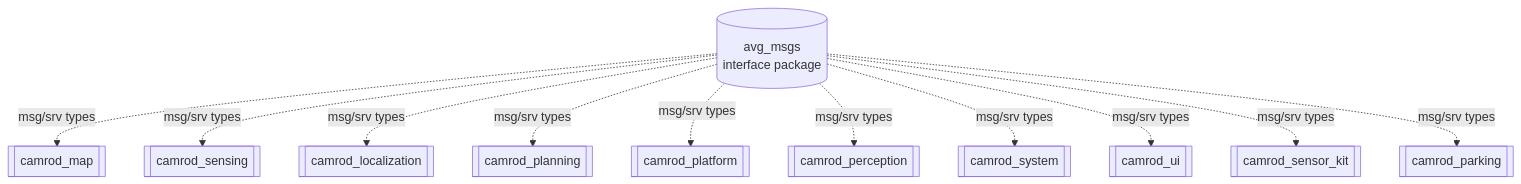
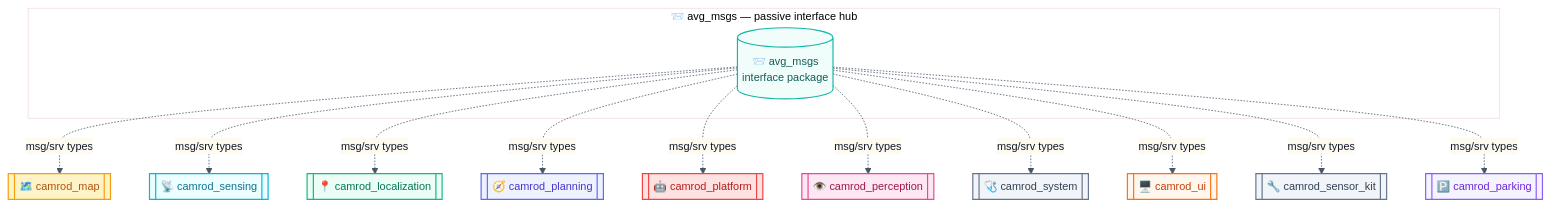
Before and after one commit to hwanhonglee/CAMROD: the first of 2 diagrams in camrod_common/avg_msgs/README.md, drawn with Mermaid. The commit also changed other lines of this file and 12 other files, not shown here.

First line of the commit message:
docs: apply CAMROD visual design standard to all package READMEs (v1.10)

````diff
--- a/camrod_common/avg_msgs/README.md
+++ b/camrod_common/avg_msgs/README.md
@@ -57,13 +51,29 @@
 ```mermaid
+%%{init: {'theme': 'base', 'themeVariables': {'fontFamily': 'ui-sans-serif, system-ui, sans-serif', 'fontSize': '14px', 'primaryColor': '#F0FDFA', 'primaryTextColor': '#0F172A', 'primaryBorderColor': '#14B8A6', 'lineColor': '#475569'}, 'flowchart': {'curve': 'basis', 'htmlLabels': true, 'padding': 12}}}%%
 graph TD
-  AVG[(avg_msgs\ninterface package)] -. msg/srv types .-> MAP[[camrod_map]]
-  AVG -. msg/srv types .-> SENSING[[camrod_sensing]]
-  AVG -. msg/srv types .-> LOC[[camrod_localization]]
-  AVG -. msg/srv types .-> PLAN[[camrod_planning]]
-  AVG -. msg/srv types .-> PLAT[[camrod_platform]]
-  AVG -. msg/srv types .-> PER[[camrod_perception]]
-  AVG -. msg/srv types .-> SYS[[camrod_system]]
-  AVG -. msg/srv types .-> UI[[camrod_ui]]
-  AVG -. msg/srv types .-> SKIT[[camrod_sensor_kit]]
-  AVG -. msg/srv types .-> PARK[[camrod_parking]]
+  subgraph CENTER["📨 avg_msgs — passive interface hub"]
+    AVG[(📨 avg_msgs\ninterface package)]:::iface
+  end
+
+  AVG -. msg/srv types .-> MAP[[🗺️ camrod_map]]:::mapping
+  AVG -. msg/srv types .-> SENSING[[📡 camrod_sensing]]:::sensing
+  AVG -. msg/srv types .-> LOC[[📍 camrod_localization]]:::localization
+  AVG -. msg/srv types .-> PLAN[[🧭 camrod_planning]]:::planning
+  AVG -. msg/srv types .-> PLAT[[🤖 camrod_platform]]:::platform
+  AVG -. msg/srv types .-> PER[[👁️ camrod_perception]]:::perception
+  AVG -. msg/srv types .-> SYS[[🩺 camrod_system]]:::system
+  AVG -. msg/srv types .-> UI[[🖥️ camrod_ui]]:::ui
+  AVG -. msg/srv types .-> SKIT[[🔧 camrod_sensor_kit]]:::system
+  AVG -. msg/srv types .-> PARK[[🅿️ camrod_parking]]:::parking
+
+  classDef iface        fill:#F0FDFA,stroke:#14B8A6,stroke-width:1.5px,color:#115E59;
+  classDef sensing      fill:#ECFEFF,stroke:#06B6D4,stroke-width:1.5px,color:#0E7490;
+  classDef localization fill:#ECFDF5,stroke:#10B981,stroke-width:1.5px,color:#047857;
+  classDef mapping      fill:#FEF3C7,stroke:#F59E0B,stroke-width:1.5px,color:#B45309;
+  classDef perception   fill:#FCE7F3,stroke:#EC4899,stroke-width:1.5px,color:#9D174D;
+  classDef planning     fill:#EEF2FF,stroke:#6366F1,stroke-width:1.5px,color:#4338CA;
+  classDef platform     fill:#FEE2E2,stroke:#EF4444,stroke-width:1.5px,color:#B91C1C;
+  classDef parking      fill:#F5F3FF,stroke:#8B5CF6,stroke-width:1.5px,color:#6D28D9;
+  classDef system       fill:#F1F5F9,stroke:#64748B,stroke-width:1.5px,color:#334155;
+  classDef ui           fill:#FFF7ED,stroke:#F97316,stroke-width:1.5px,color:#C2410C;
 ```
````
